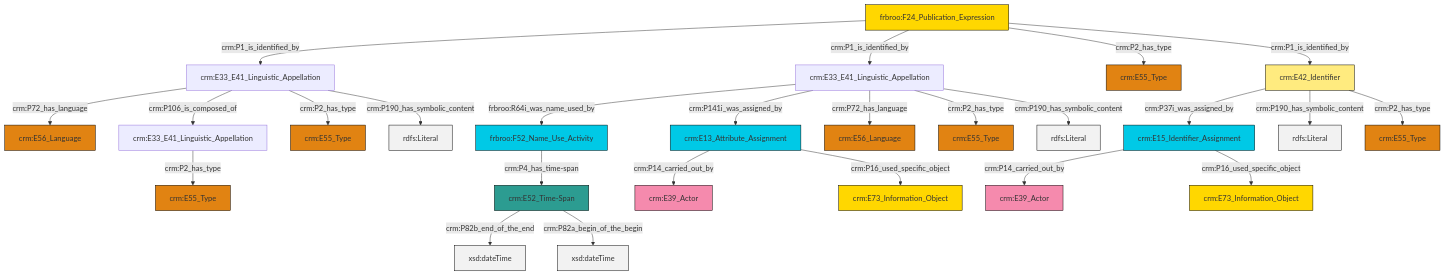
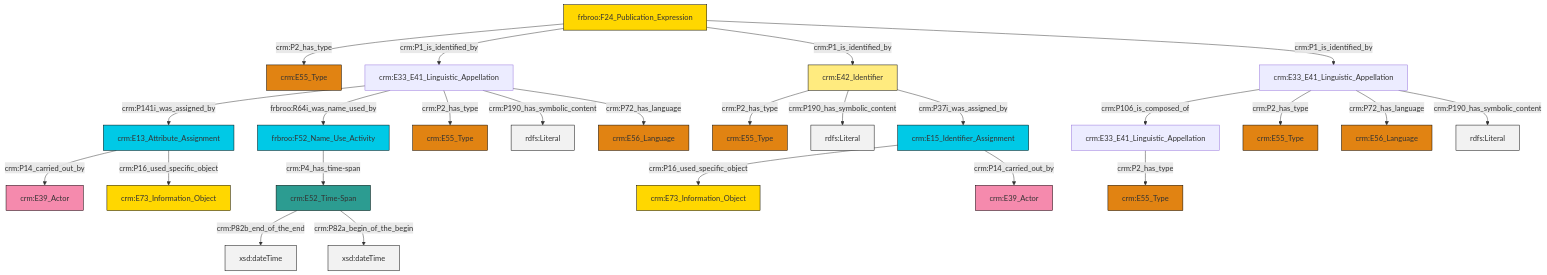
Before and after one commit to swiss-art-research-net/docs.swissartresearch: the diagram in et/biblioCSV/ttl/mmd/biblio_name.ttl.mmd, drawn with Mermaid. The commit also changed 169 other files, not shown here.

```diff
--- a/et/biblioCSV/ttl/mmd/biblio_name.ttl.mmd
+++ b/et/biblioCSV/ttl/mmd/biblio_name.ttl.mmd
@@ -1,39 +1,39 @@
 graph TD
 classDef Literal fill:#f2f2f2,stroke:#000000;
 classDef CRM_Entity fill:#FFFFFF,stroke:#000000;
 classDef Temporal_Entity fill:#00C9E6, stroke:#000000;
 classDef Type fill:#E18312, stroke:#000000;
 classDef Time-Span fill:#2C9C91, stroke:#000000;
 classDef Appellation fill:#FFEB7F, stroke:#000000;
 classDef Place fill:#008836, stroke:#000000;
 classDef Persistent_Item fill:#B266B2, stroke:#000000;
 classDef Conceptual_Object fill:#FFD700, stroke:#000000;
 classDef Physical_Thing fill:#D2B48C, stroke:#000000;
 classDef Actor fill:#f58aad, stroke:#000000;
 classDef PC_Classes fill:#4ce600, stroke:#000000;
 classDef Multi fill:#cccccc,stroke:#000000;
 
-2["frbroo:F24_Publication_Expression"]:::Conceptual_Object -->|crm:P1_is_identified_by| 3["crm:E33_E41_Linguistic_Appellation"]:::Default
-3["crm:E33_E41_Linguistic_Appellation"]:::Default -->|crm:P72_has_language| 6["crm:E56_Language"]:::Type
-7["frbroo:F52_Name_Use_Activity"]:::Temporal_Entity -->|crm:P4_has_time-span| 8["crm:E52_Time-Span"]:::Time-Span
-9["crm:E33_E41_Linguistic_Appellation"]:::Default -->|frbroo:R64i_was_name_used_by| 7["frbroo:F52_Name_Use_Activity"]:::Temporal_Entity
-11["crm:E15_Identifier_Assignment"]:::Temporal_Entity -->|crm:P14_carried_out_by| 12["crm:E39_Actor"]:::Actor
-2["frbroo:F24_Publication_Expression"]:::Conceptual_Object -->|crm:P1_is_identified_by| 9["crm:E33_E41_Linguistic_Appellation"]:::Default
-9["crm:E33_E41_Linguistic_Appellation"]:::Default -->|crm:P141i_was_assigned_by| 13["crm:E13_Attribute_Assignment"]:::Temporal_Entity
-3["crm:E33_E41_Linguistic_Appellation"]:::Default -->|crm:P106_is_composed_of| 14["crm:E33_E41_Linguistic_Appellation"]:::Default
-2["frbroo:F24_Publication_Expression"]:::Conceptual_Object -->|crm:P2_has_type| 15["crm:E55_Type"]:::Type
-16["crm:E42_Identifier"]:::Appellation -->|crm:P37i_was_assigned_by| 11["crm:E15_Identifier_Assignment"]:::Temporal_Entity
-8["crm:E52_Time-Span"]:::Time-Span -->|crm:P82b_end_of_the_end| 19[xsd:dateTime]:::Literal
-9["crm:E33_E41_Linguistic_Appellation"]:::Default -->|crm:P72_has_language| 4["crm:E56_Language"]:::Type
-2["frbroo:F24_Publication_Expression"]:::Conceptual_Object -->|crm:P1_is_identified_by| 16["crm:E42_Identifier"]:::Appellation
-3["crm:E33_E41_Linguistic_Appellation"]:::Default -->|crm:P2_has_type| 20["crm:E55_Type"]:::Type
-16["crm:E42_Identifier"]:::Appellation -->|crm:P190_has_symbolic_content| 31[rdfs:Literal]:::Literal
-16["crm:E42_Identifier"]:::Appellation -->|crm:P2_has_type| 32["crm:E55_Type"]:::Type
-11["crm:E15_Identifier_Assignment"]:::Temporal_Entity -->|crm:P16_used_specific_object| 17["crm:E73_Information_Object"]:::Conceptual_Object
-9["crm:E33_E41_Linguistic_Appellation"]:::Default -->|crm:P2_has_type| 28["crm:E55_Type"]:::Type
-9["crm:E33_E41_Linguistic_Appellation"]:::Default -->|crm:P190_has_symbolic_content| 36[rdfs:Literal]:::Literal
-3["crm:E33_E41_Linguistic_Appellation"]:::Default -->|crm:P190_has_symbolic_content| 39[rdfs:Literal]:::Literal
-8["crm:E52_Time-Span"]:::Time-Span -->|crm:P82a_begin_of_the_begin| 40[xsd:dateTime]:::Literal
-13["crm:E13_Attribute_Assignment"]:::Temporal_Entity -->|crm:P14_carried_out_by| 24["crm:E39_Actor"]:::Actor
-13["crm:E13_Attribute_Assignment"]:::Temporal_Entity -->|crm:P16_used_specific_object| 0["crm:E73_Information_Object"]:::Conceptual_Object
-14["crm:E33_E41_Linguistic_Appellation"]:::Default -->|crm:P2_has_type| 26["crm:E55_Type"]:::Type
+0["crm:E13_Attribute_Assignment"]:::Temporal_Entity -->|crm:P14_carried_out_by| 1["crm:E39_Actor"]:::Actor
+7["crm:E42_Identifier"]:::Appellation -->|crm:P2_has_type| 8["crm:E55_Type"]:::Type
+12["frbroo:F24_Publication_Expression"]:::Conceptual_Object -->|crm:P2_has_type| 13["crm:E55_Type"]:::Type
+7["crm:E42_Identifier"]:::Appellation -->|crm:P190_has_symbolic_content| 16[rdfs:Literal]:::Literal
+12["frbroo:F24_Publication_Expression"]:::Conceptual_Object -->|crm:P1_is_identified_by| 5["crm:E33_E41_Linguistic_Appellation"]:::Default
+18["crm:E15_Identifier_Assignment"]:::Temporal_Entity -->|crm:P16_used_specific_object| 20["crm:E73_Information_Object"]:::Conceptual_Object
+21["crm:E33_E41_Linguistic_Appellation"]:::Default -->|crm:P106_is_composed_of| 14["crm:E33_E41_Linguistic_Appellation"]:::Default
+5["crm:E33_E41_Linguistic_Appellation"]:::Default -->|crm:P141i_was_assigned_by| 0["crm:E13_Attribute_Assignment"]:::Temporal_Entity
+5["crm:E33_E41_Linguistic_Appellation"]:::Default -->|frbroo:R64i_was_name_used_by| 9["frbroo:F52_Name_Use_Activity"]:::Temporal_Entity
+7["crm:E42_Identifier"]:::Appellation -->|crm:P37i_was_assigned_by| 18["crm:E15_Identifier_Assignment"]:::Temporal_Entity
+5["crm:E33_E41_Linguistic_Appellation"]:::Default -->|crm:P2_has_type| 23["crm:E55_Type"]:::Type
+5["crm:E33_E41_Linguistic_Appellation"]:::Default -->|crm:P190_has_symbolic_content| 27[rdfs:Literal]:::Literal
+12["frbroo:F24_Publication_Expression"]:::Conceptual_Object -->|crm:P1_is_identified_by| 7["crm:E42_Identifier"]:::Appellation
+14["crm:E33_E41_Linguistic_Appellation"]:::Default -->|crm:P2_has_type| 36["crm:E55_Type"]:::Type
+9["frbroo:F52_Name_Use_Activity"]:::Temporal_Entity -->|crm:P4_has_time-span| 24["crm:E52_Time-Span"]:::Time-Span
+0["crm:E13_Attribute_Assignment"]:::Temporal_Entity -->|crm:P16_used_specific_object| 2["crm:E73_Information_Object"]:::Conceptual_Object
+21["crm:E33_E41_Linguistic_Appellation"]:::Default -->|crm:P2_has_type| 32["crm:E55_Type"]:::Type
+24["crm:E52_Time-Span"]:::Time-Span -->|crm:P82b_end_of_the_end| 42[xsd:dateTime]:::Literal
+21["crm:E33_E41_Linguistic_Appellation"]:::Default -->|crm:P72_has_language| 28["crm:E56_Language"]:::Type
+5["crm:E33_E41_Linguistic_Appellation"]:::Default -->|crm:P72_has_language| 40["crm:E56_Language"]:::Type
+21["crm:E33_E41_Linguistic_Appellation"]:::Default -->|crm:P190_has_symbolic_content| 43[rdfs:Literal]:::Literal
+12["frbroo:F24_Publication_Expression"]:::Conceptual_Object -->|crm:P1_is_identified_by| 21["crm:E33_E41_Linguistic_Appellation"]:::Default
+18["crm:E15_Identifier_Assignment"]:::Temporal_Entity -->|crm:P14_carried_out_by| 30["crm:E39_Actor"]:::Actor
+24["crm:E52_Time-Span"]:::Time-Span -->|crm:P82a_begin_of_the_begin| 46[xsd:dateTime]:::Literal
```
